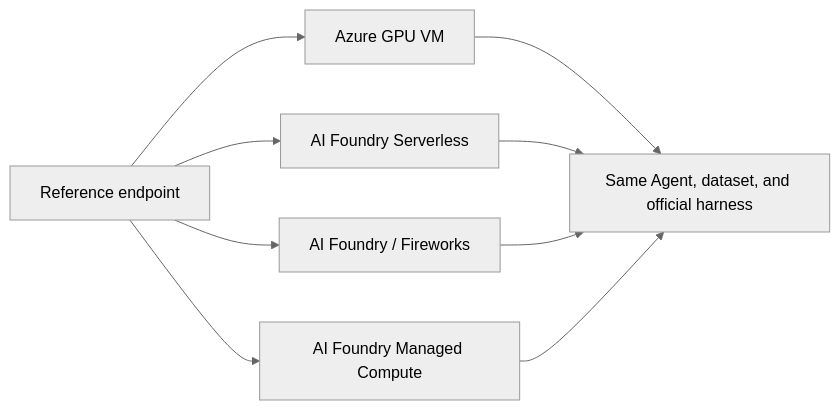
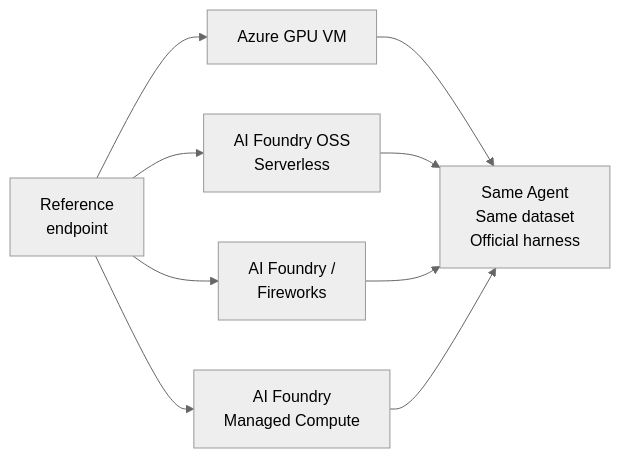
One commit to david-xinyuwei/david-share changed the second of 2 diagrams in Deep-Learning/OSS-Model-SWE-bench-Evaluation-Playbook/README.md. Above: the diagram before and after it, drawn with Mermaid (neutral theme). The commit also changed other lines of this file and 8 other files, not shown here.

````diff
--- a/Deep-Learning/OSS-Model-SWE-bench-Evaluation-Playbook/README.md
+++ b/Deep-Learning/OSS-Model-SWE-bench-Evaluation-Playbook/README.md
@@ -67,11 +67,11 @@
 ```mermaid
 flowchart LR
-  R[Reference endpoint] --> V[Azure GPU VM]
-  R --> S[AI Foundry Serverless]
-  R --> F[AI Foundry / Fireworks]
-  R --> M[AI Foundry Managed Compute]
-  V --> G[Same Agent, dataset, and official harness]
+  R[Reference<br/>endpoint] --> V[Azure GPU VM]
+  R --> S[AI Foundry OSS<br/>Serverless]
+  R --> F[AI Foundry /<br/>Fireworks]
+  R --> M[AI Foundry<br/>Managed Compute]
+  V --> G[Same Agent<br/>Same dataset<br/>Official harness]
   S --> G
   F --> G
   M --> G
 ```
````
